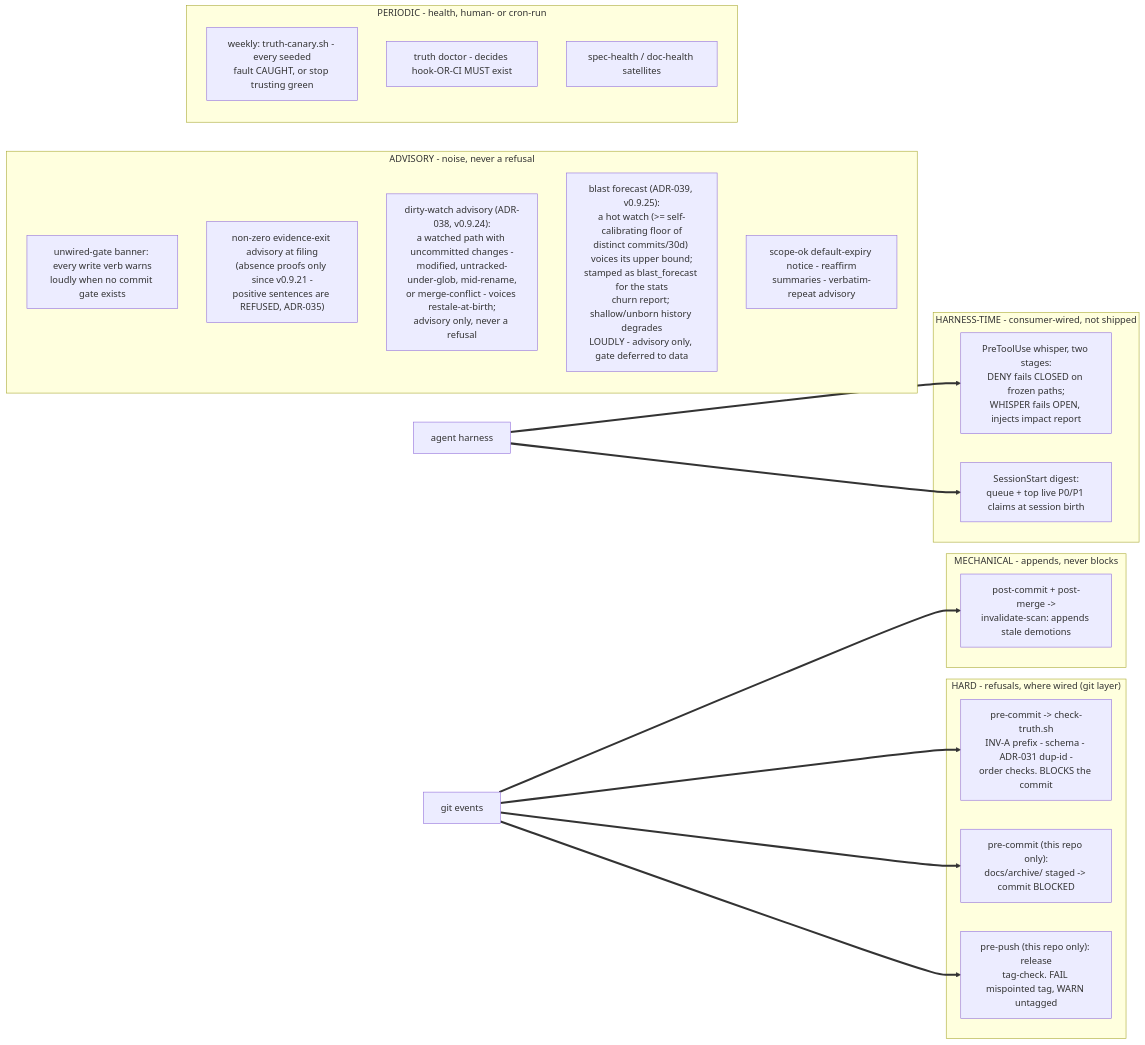
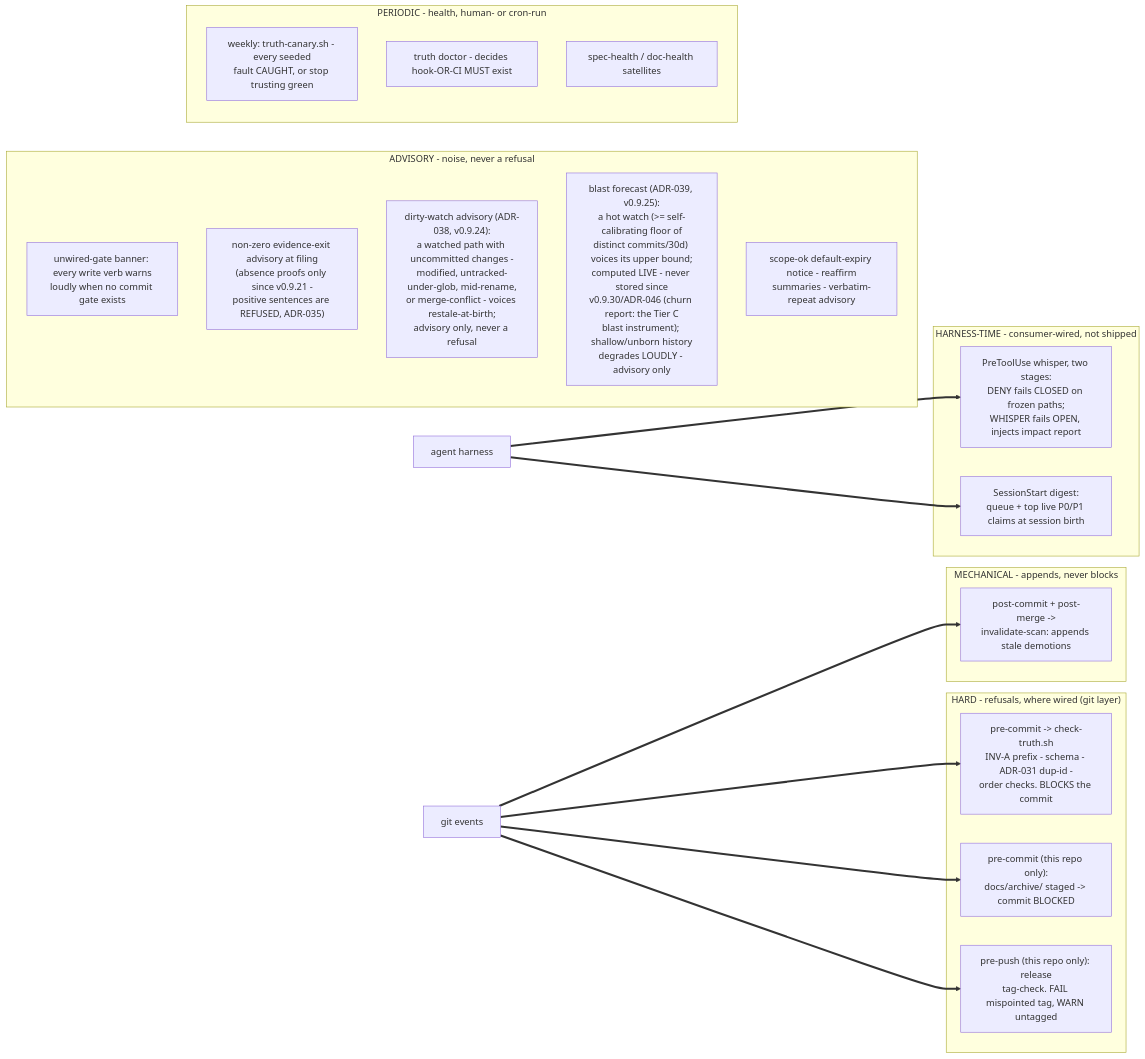
Before and after one commit to m1981/truth-ledger: the sixth of 7 diagrams in docs/truth-ledger-explained.md, drawn with Mermaid. The commit also changed other lines of this file and 27 other files, not shown here.

````diff
--- a/docs/truth-ledger-explained.md
+++ b/docs/truth-ledger-explained.md
@@ -678,34 +688,34 @@
 ```mermaid
 flowchart LR
     subgraph hard["HARD - refusals, where wired (git layer)"]
         PC["pre-commit -> check-truth.sh<br/>INV-A prefix - schema - ADR-031 dup-id -<br/>order checks. BLOCKS the commit"]
         FR["pre-commit (this repo only):<br/>docs/archive/ staged -> commit BLOCKED"]
         PP["pre-push (this repo only): release<br/>tag-check. FAIL mispointed tag, WARN untagged"]
     end
 
     subgraph mech["MECHANICAL - appends, never blocks"]
         POC["post-commit + post-merge -><br/>invalidate-scan: appends stale demotions"]
     end
 
     subgraph harness["HARNESS-TIME - consumer-wired, not shipped"]
         WH["PreToolUse whisper, two stages:<br/>DENY fails CLOSED on frozen paths;<br/>WHISPER fails OPEN, injects impact report"]
         DG["SessionStart digest:<br/>queue + top live P0/P1 claims at session birth"]
     end
 
     subgraph advisory["ADVISORY - noise, never a refusal"]
         BAN["unwired-gate banner: every write verb warns<br/>loudly when no commit gate exists"]
         EXW["non-zero evidence-exit advisory at filing<br/>(absence proofs only since v0.9.21 -<br/>positive sentences are REFUSED, ADR-035)"]
         DWN["dirty-watch advisory (ADR-038, v0.9.24):<br/>a watched path with uncommitted changes -<br/>modified, untracked-under-glob, mid-rename,<br/>or merge-conflict - voices restale-at-birth;<br/>advisory only, never a refusal"]
-        BLF["blast forecast (ADR-039, v0.9.25):<br/>a hot watch (>= self-calibrating floor of<br/>distinct commits/30d) voices its upper bound;<br/>stamped as blast_forecast for the stats<br/>churn report; shallow/unborn history degrades<br/>LOUDLY - advisory only, gate deferred to data"]
+        BLF["blast forecast (ADR-039, v0.9.25):<br/>a hot watch (>= self-calibrating floor of<br/>distinct commits/30d) voices its upper bound;<br/>computed LIVE - never stored since<br/>v0.9.30/ADR-046 (churn report: the Tier C<br/>blast instrument); shallow/unborn history<br/>degrades LOUDLY - advisory only"]
         SOK["scope-ok default-expiry notice - reaffirm<br/>summaries - verbatim-repeat advisory"]
     end
 
     subgraph periodic["PERIODIC - health, human- or cron-run"]
         CAN["weekly: truth-canary.sh - every seeded<br/>fault CAUGHT, or stop trusting green"]
         DOC["truth doctor - decides hook-OR-CI MUST exist"]
         SAT["spec-health / doc-health satellites"]
     end
 
     GIT["git events"] ==> PC & FR & PP & POC
     HARN2["agent harness"] ==> WH & DG
 ```
````
